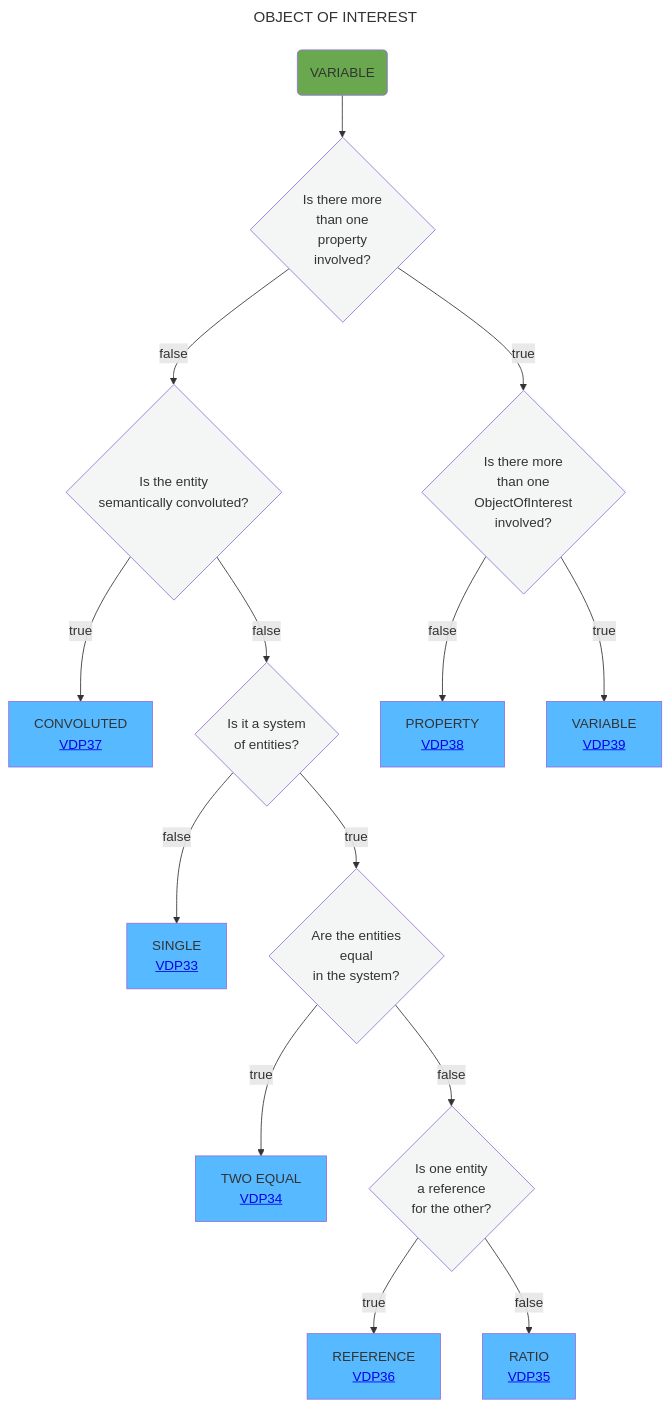
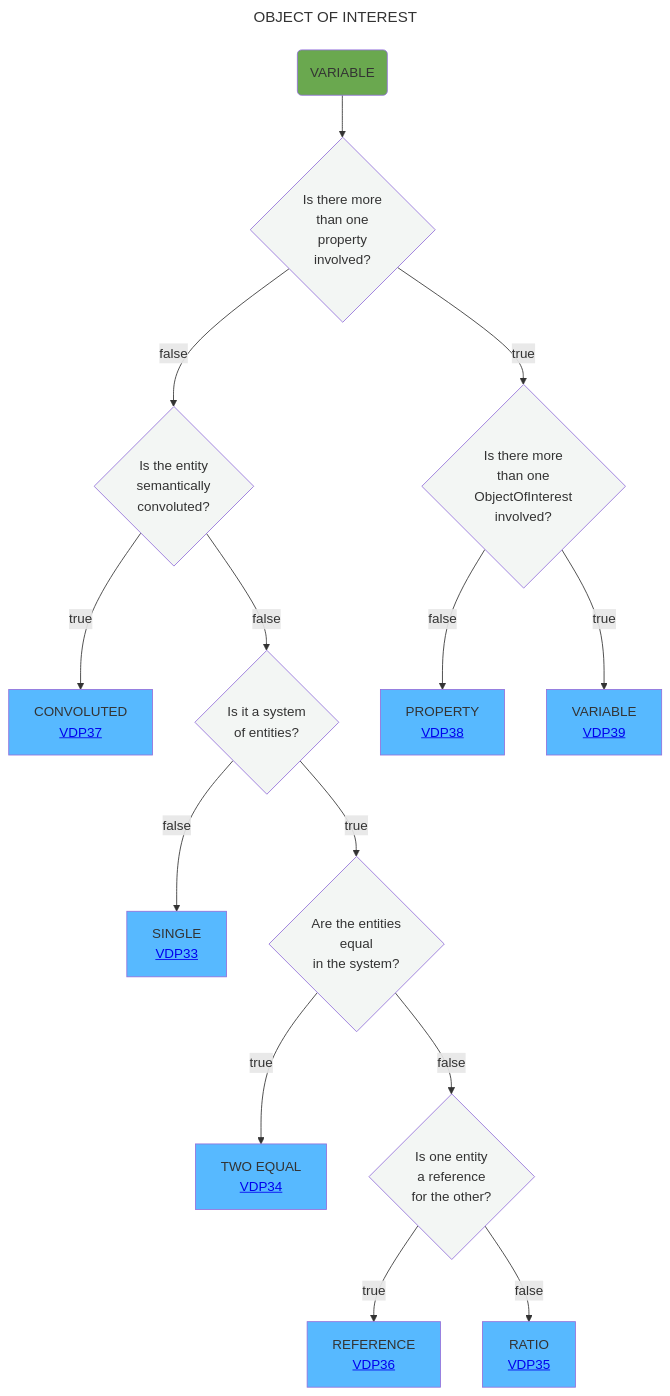
One commit to mabablue/I-ADOPT-patterns-playground changed the diagram in Decision_trees/DT6.mmd. Above: the diagram before and after it, drawn with Mermaid.

Commit message:
Fix formatting in decision tree flowchart

```diff
--- a/Decision_trees/DT6.mmd
+++ b/Decision_trees/DT6.mmd
@@ -1,21 +1,21 @@
 ---
 title: OBJECT OF INTEREST
 ---
 flowchart TD
     A(VARIABLE):::green --> AB{Is there more <br> than one <br> property <br> involved?}:::white
-    AB --> |false|B{Is the entity <br> semantically convoluted?}:::white
+    AB --> |false|B{Is the entity <br> semantically <br> convoluted?}:::white
     AB --> |true|O{Is there more <br> than one <br> ObjectOfInterest <br> involved?}:::white
     B --> |true|C[CONVOLUTED <br> <a href='https://github.com/mabablue/I-ADOPT-patterns-playground/blob/main/pattern/VDP37.yaml'>VDP37</a>]:::satblue
     B --> |false|D{Is it a system <br> of entities?}:::white
     D --> |false|E[SINGLE <br> <a href='https://github.com/mabablue/I-ADOPT-patterns-playground/blob/main/pattern/VDP33.yaml'>VDP33</a>]:::satblue
     D --> |true|F{Are the entities <br> equal <br> in the system?}:::white
     F --> |true|G[TWO EQUAL <br> <a href='https://github.com/mabablue/I-ADOPT-patterns-playground/blob/main/pattern/VDP34.yaml'>VDP34</a>]:::satblue
     F --> |false|H{Is one entity <br> a reference <br> for the other?}:::white
     H --> |true|I[REFERENCE <br> <a href='https://github.com/mabablue/I-ADOPT-patterns-playground/blob/main/pattern/VDP36.yaml'>VDP36</a>]:::satblue
     H --> |false|J[RATIO <br> <a href='https://github.com/mabablue/I-ADOPT-patterns-playground/blob/main/pattern/VDP35.yaml'>VDP35</a>]:::satblue
     O --> |false|Q[PROPERTY <br> <a href='https://github.com/mabablue/I-ADOPT-patterns-playground/blob/main/pattern/VDP38.yaml'>VDP38</a>]:::satblue
     O --> |true|R[VARIABLE <br> <a href='https://github.com/mabablue/I-ADOPT-patterns-playground/blob/main/pattern/VDP39.yaml'>VDP39</a>]:::satblue
    classDef blue fill:#90D5FF
    classDef satblue fill:#57B9FF 
    classDef white fill:#f3f6f4
    classDef green fill:#6aa84f
```
